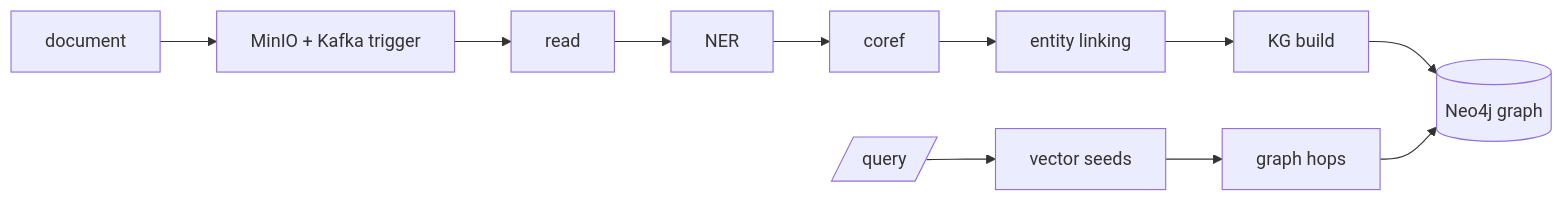
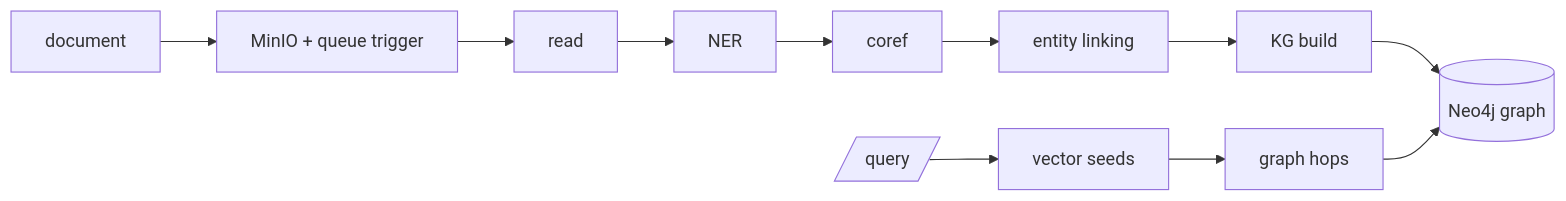
Before and after one commit to leejianrong/graph-rag-demo: the diagram in README.md, drawn with Mermaid. The commit also changed other lines of this file and 24 other files, not shown here.

Commit message:
Add a Valkey ingest trigger backend, selectable beside Kafka (GRA-146) (#146)

````diff
--- a/README.md
+++ b/README.md
@@ -54,5 +54,5 @@
 ```mermaid
 flowchart LR
-  F[document] --> M[MinIO + Kafka trigger] --> R[read] --> N[NER] --> C[coref] --> L[entity linking] --> K[KG build] --> G[(Neo4j graph)]
+  F[document] --> M[MinIO + queue trigger] --> R[read] --> N[NER] --> C[coref] --> L[entity linking] --> K[KG build] --> G[(Neo4j graph)]
   Q[/query/] --> V[vector seeds] --> T[graph hops] --> G
 ```
````
